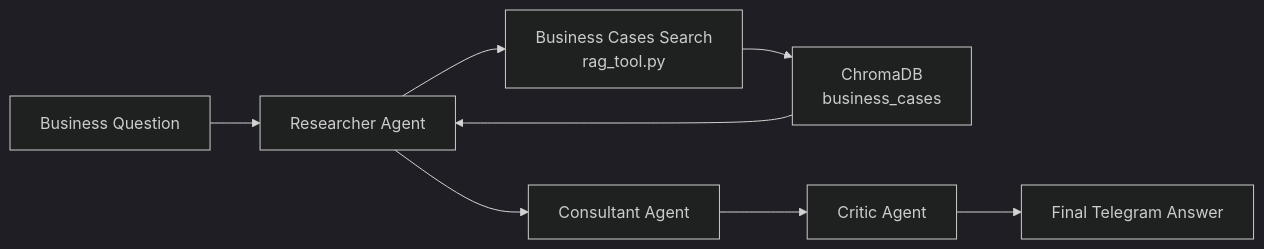
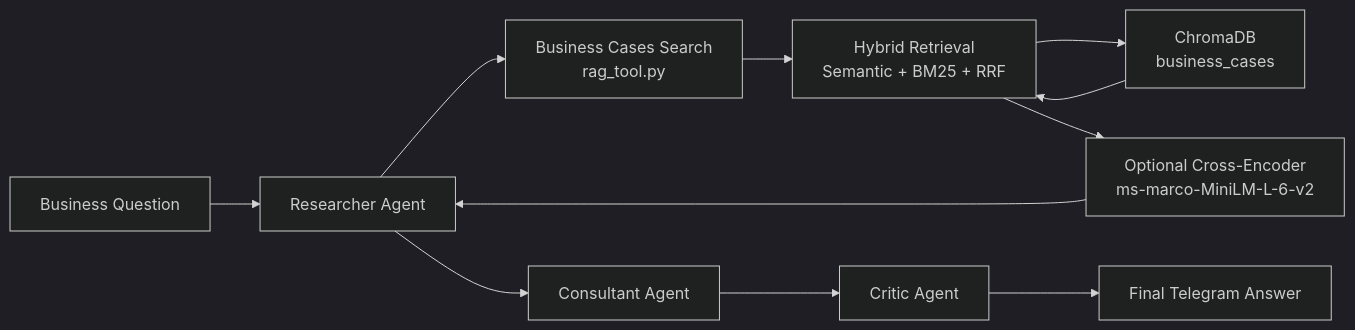
Before and after one commit to grinegor/consulting-assistant: the second of 3 diagrams in README.md, drawn with Mermaid (dark theme). The commit also changed other lines of this file and 25 other files, not shown here.

````diff
--- a/README.md
+++ b/README.md
@@ -50,10 +51,13 @@
 ```mermaid
 flowchart LR
     Q["Business Question"] --> R["Researcher Agent"]
     R --> T["Business Cases Search<br/>rag_tool.py"]
-    T --> V["ChromaDB<br/>business_cases"]
-    V --> R
+    T --> H["Hybrid Retrieval<br/>Semantic + BM25 + RRF"]
+    H --> V["ChromaDB<br/>business_cases"]
+    H --> X["Optional Cross-Encoder<br/>ms-marco-MiniLM-L-6-v2"]
+    V --> H
+    X --> R
     R --> A["Consultant Agent"]
     A --> C["Critic Agent"]
     C --> F["Final Telegram Answer"]
 ```
````
